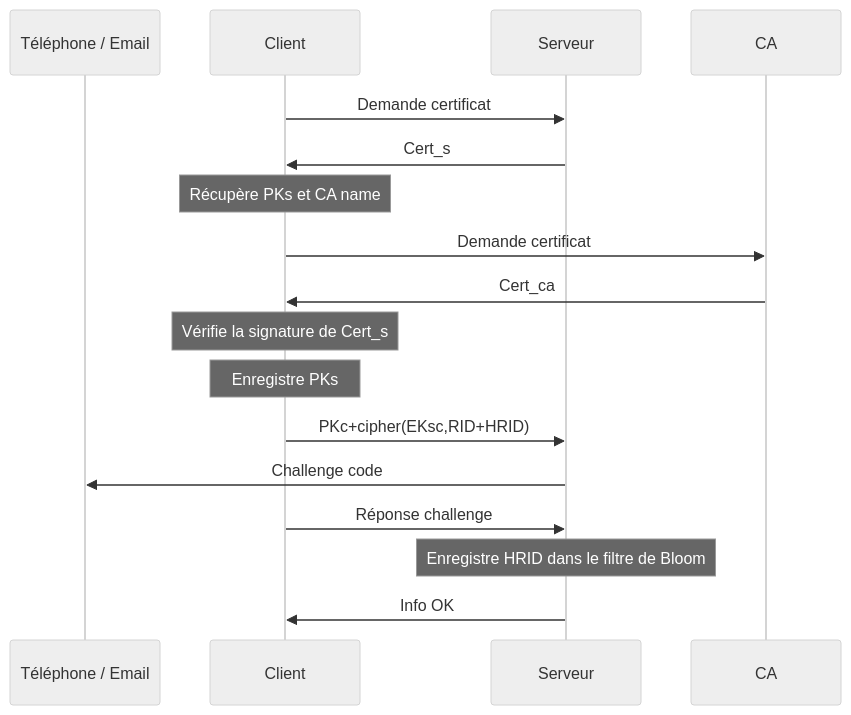
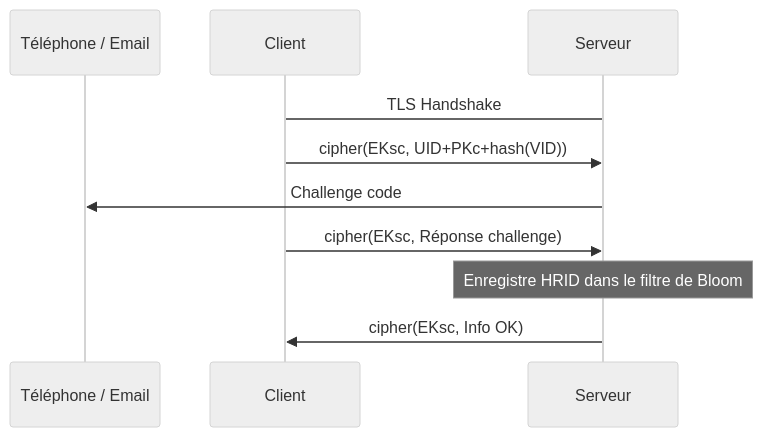
Before and after one commit to Relex12/Decentralized-Password-Manager: the first of 3 diagrams in readme/04-FR-implementation.md, drawn with Mermaid (neutral theme). The commit also changed other lines of this file and 1 other file, not shown here.

Commit message:
implementations: changes due to TLS usage underneath the protocol

````diff
--- a/readme/04-FR-implementation.md
+++ b/readme/04-FR-implementation.md
@@ -40,19 +36,12 @@
 ```mermaid
 sequenceDiagram
 	participant TE as Téléphone / Email
     participant C as Client
     participant S as Serveur
-    participant CA
-    C ->> S: Demande certificat
-    S ->> C: Cert_s
-    Note over C: Récupère PKs et CA name
-    C ->> CA: Demande certificat
-    CA ->> C: Cert_ca
-    Note over C: Vérifie la signature de Cert_s
-    Note over C: Enregistre PKs
-    C ->> S: PKc+cipher(EKsc,RID+HRID)
+    C -> S: TLS Handshake
+    C ->> S: cipher(EKsc, UID+PKc+hash(VID))
     S ->> TE: Challenge code
-    C ->> S: Réponse challenge
+    C ->> S: cipher(EKsc, Réponse challenge)
     Note over S: Enregistre HRID dans le filtre de Bloom
-    S ->> C: Info OK
+    S ->> C: cipher(EKsc, Info OK)
 ```
````
